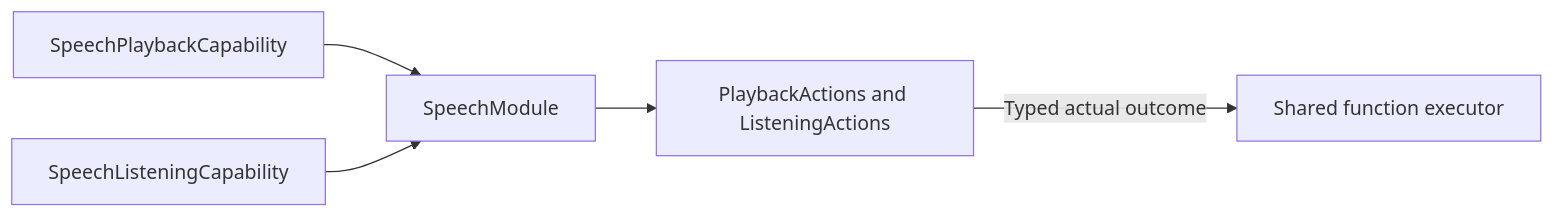
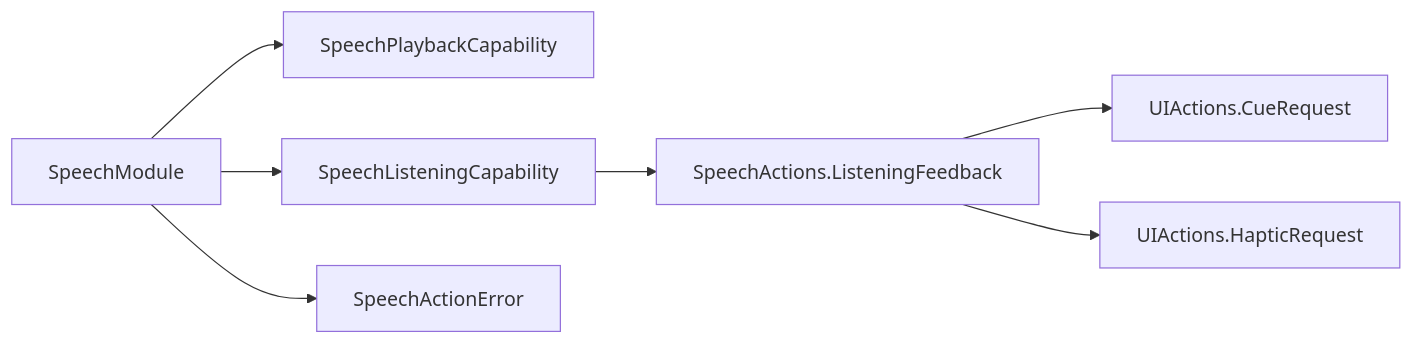
The second of 2 diagrams in MobileHarness/Actions/Speech/Support/README.md (devilyouwei/MobileHarness), drawn with Mermaid before and after one commit. The commit also changed other lines of this file and 108 other files, not shown here.

````diff
--- a/MobileHarness/Actions/Speech/Support/README.md
+++ b/MobileHarness/Actions/Speech/Support/README.md
@@ -15,7 +21,9 @@
 ```mermaid
 flowchart LR
- Playback[SpeechPlaybackCapability] --> Module[SpeechModule]
- Listening[SpeechListeningCapability] --> Module
- Module --> Functions[PlaybackActions and ListeningActions]
- Functions -->|Typed actual outcome| Runtime[Shared function executor]
+    Module[SpeechModule] --> Playback[SpeechPlaybackCapability]
+    Module --> Listening[SpeechListeningCapability]
+    Listening --> Feedback[SpeechActions.ListeningFeedback]
+    Feedback --> Cue[UIActions.CueRequest]
+    Feedback --> Haptic[UIActions.HapticRequest]
+    Module --> Error[SpeechActionError]
 ```
````
